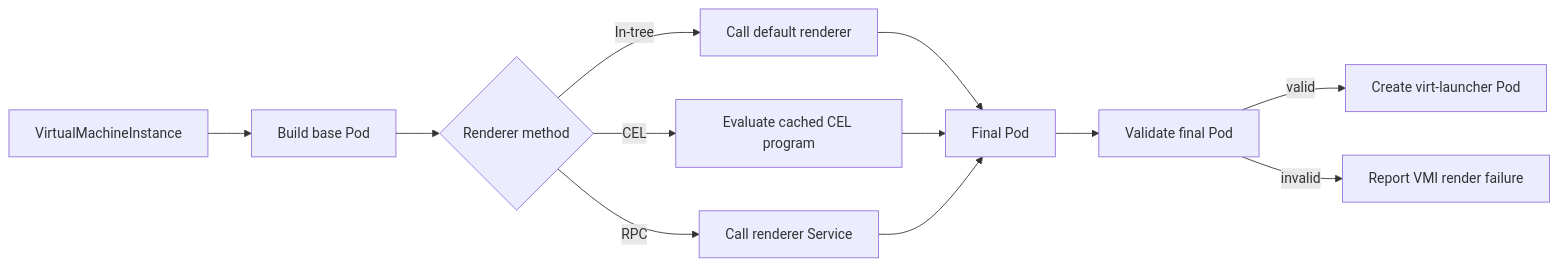
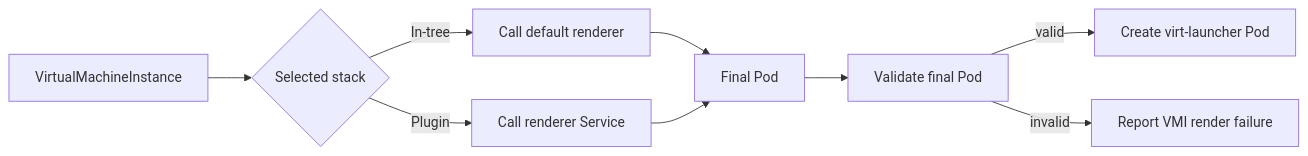
One commit to kubevirt/enhancements changed the diagram in veps/sig-compute/487-virt-ctrl-plugin/vep.md. Above: the diagram before and after it, drawn with Mermaid. The commit also changed other lines of this file, not shown here.

Commit message:
Remove BasePod content

````diff
--- a/veps/sig-compute/487-virt-ctrl-plugin/vep.md
+++ b/veps/sig-compute/487-virt-ctrl-plugin/vep.md
@@ -152,14 +147,11 @@
 ```mermaid
 flowchart LR
-    VMI[VirtualMachineInstance] -->  Base[Build base Pod]
-    Base --> Select{Renderer method}
+    VMI[VirtualMachineInstance] --> Select{Selected stack}
     Select -->|In-tree| Default[Call default renderer]
-    Select -->|CEL| CEL[Evaluate cached CEL program]
-    Select -->|RPC| RPC[Call renderer Service]
+    Select -->|Plugin| RPC[Call renderer Service]
     Default --> Final[Final Pod]
-    CEL --> Final[Final Pod]
     RPC --> Final
     Final --> Validate[Validate final Pod]
     Validate -->|valid| Create[Create virt-launcher Pod]
     Validate -->|invalid| Failure[Report VMI render failure]
 ```
````
